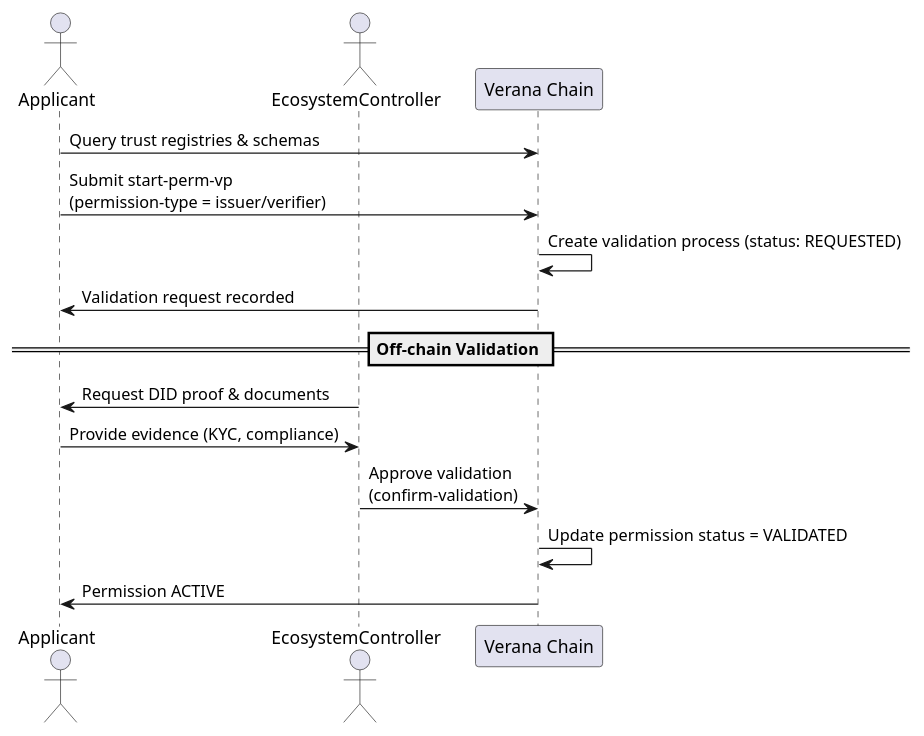
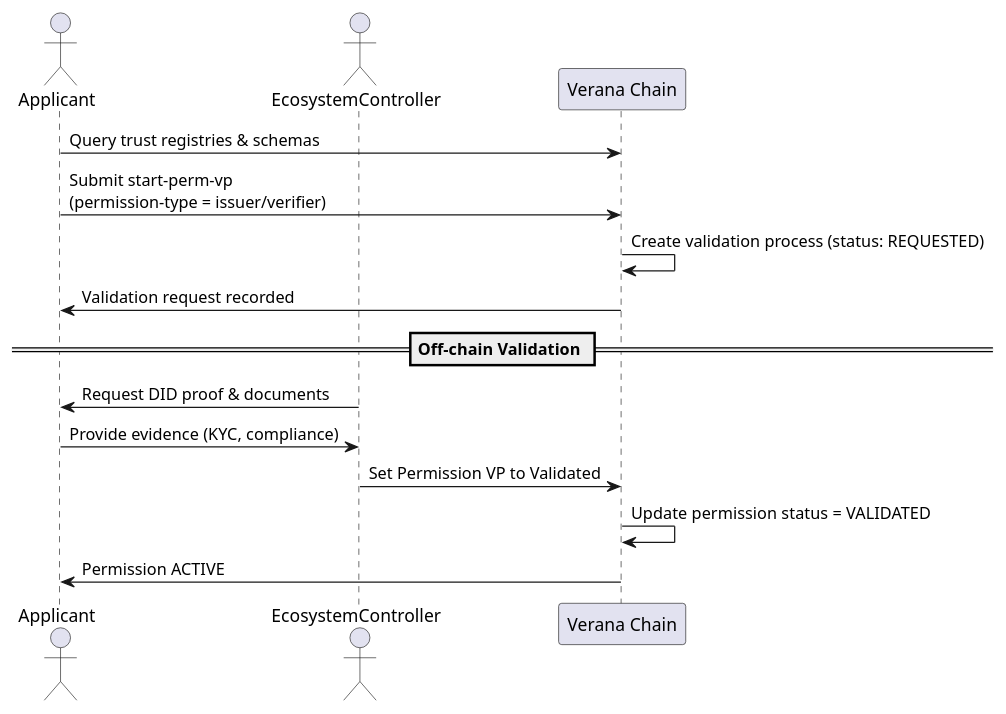
Before and after one commit to verana-labs/verana-docs: the fourth of 4 diagrams in docs/use/ecosystems/20-onboarding.md, drawn with PlantUML. The commit also changed other lines of this file, not shown here.

Commit message:
feat: improve validation process

````diff
--- a/docs/use/ecosystems/20-onboarding.md
+++ b/docs/use/ecosystems/20-onboarding.md
@@ -228,19 +233,19 @@
 ```plantuml
 @startuml
 actor Applicant
 actor EcosystemController
 participant "Verana Chain" as Chain
 
 Applicant -> Chain: Query trust registries & schemas
 Applicant -> Chain: Submit start-perm-vp\n(permission-type = issuer/verifier)
 Chain -> Chain: Create validation process (status: REQUESTED)
 Applicant <- Chain: Validation request recorded
 
 == Off-chain Validation ==
 EcosystemController -> Applicant: Request DID proof & documents
 Applicant -> EcosystemController: Provide evidence (KYC, compliance)
-EcosystemController -> Chain: Approve validation\n(confirm-validation)
+EcosystemController -> Chain: Set Permission VP to Validated
 Chain -> Chain: Update permission status = VALIDATED
 Applicant <- Chain: Permission ACTIVE
 @enduml
 ```
````
